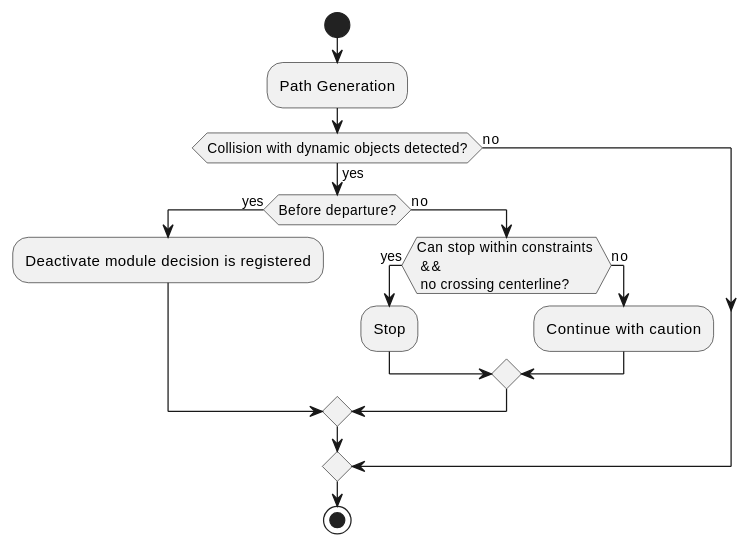
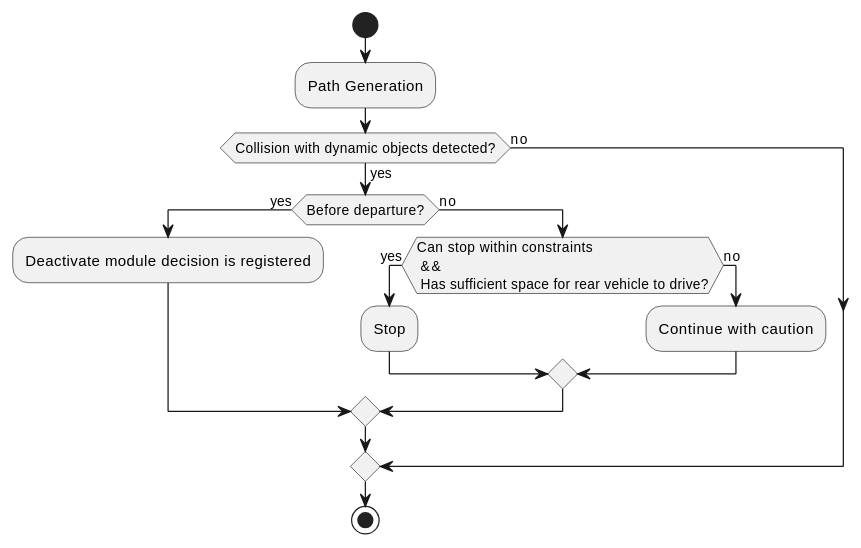
One commit to autowarefoundation/autoware.universe changed the second of 3 diagrams in planning/behavior_path_start_planner_module/README.md. Above: the diagram before and after it, drawn with PlantUML. The commit also changed other lines of this file, not shown here.

````diff
--- a/planning/behavior_path_start_planner_module/README.md
+++ b/planning/behavior_path_start_planner_module/README.md
@@ -229,21 +229,21 @@
 ```plantuml
 @startuml
 start
 :Path Generation;
 
 if (Collision with dynamic objects detected?) then (yes)
   if (Before departure?) then (yes)
     :Deactivate module decision is registered;
   else (no)
-    if (Can stop within constraints \n && \n no crossing centerline?) then (yes)
+    if (Can stop within constraints \n && \n Has sufficient space for rear vehicle to drive?) then (yes)
       :Stop;
     else (no)
       :Continue with caution;
     endif
   endif
 else (no)
 endif
 
 stop
 @enduml
 ```
````
